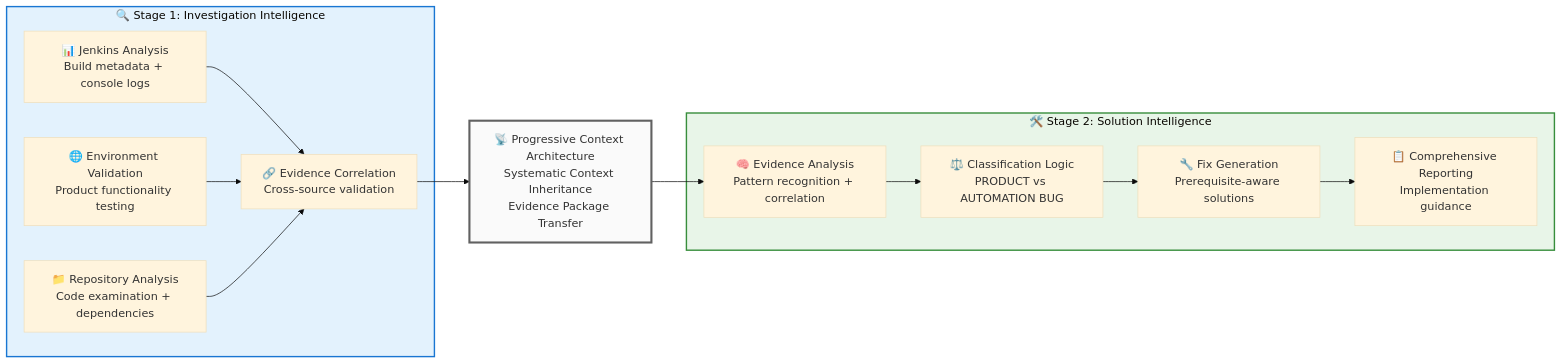
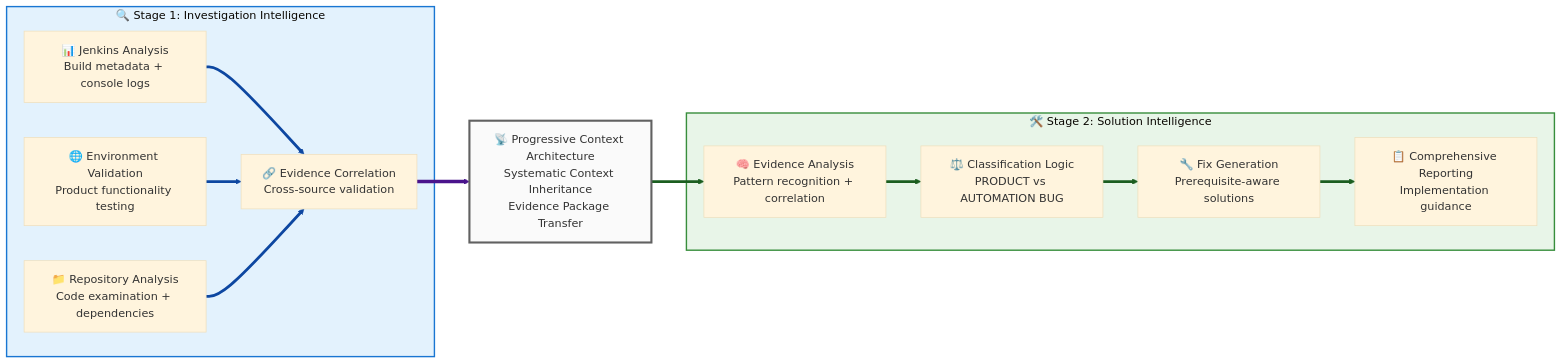
The second of 2 diagrams in apps/z-stream-analysis/docs/agents_concepts_workflow.md (stolostron/ai-test-gen), drawn with Mermaid (base theme) before and after one commit. The commit also changed other lines of this file and 36 other files, not shown here.

````diff
--- a/apps/z-stream-analysis/docs/agents_concepts_workflow.md
+++ b/apps/z-stream-analysis/docs/agents_concepts_workflow.md
@@ -97,38 +117,53 @@
 ```mermaid
 flowchart LR
     %% Stage 1: Investigation Intelligence
     subgraph STAGE1["🔍 Stage 1: Investigation Intelligence"]
         JENKINS_ANALYSIS[📊 Jenkins Analysis<br/>Build metadata + console logs]
         ENV_VALIDATION[🌐 Environment Validation<br/>Product functionality testing]
         REPO_ANALYSIS[📁 Repository Analysis<br/>Code examination + dependencies]
         EVIDENCE_CORRELATION[🔗 Evidence Correlation<br/>Cross-source validation]
     end
     
     %% Progressive Context Architecture Bridge
     CONTEXT_BRIDGE[📡 Progressive Context Architecture<br/>Systematic Context Inheritance<br/>Evidence Package Transfer]
     
     %% Stage 2: Solution Intelligence  
     subgraph STAGE2["🛠️ Stage 2: Solution Intelligence"]
         EVIDENCE_ANALYSIS[🧠 Evidence Analysis<br/>Pattern recognition + correlation]
         CLASSIFICATION[⚖️ Classification Logic<br/>PRODUCT vs AUTOMATION BUG]
         FIX_GENERATION[🔧 Fix Generation<br/>Prerequisite-aware solutions]
         REPORTING[📋 Comprehensive Reporting<br/>Implementation guidance]
     end
     
     %% Flow connections
     JENKINS_ANALYSIS --> EVIDENCE_CORRELATION
     ENV_VALIDATION --> EVIDENCE_CORRELATION
     REPO_ANALYSIS --> EVIDENCE_CORRELATION
     
     EVIDENCE_CORRELATION --> CONTEXT_BRIDGE
     
     CONTEXT_BRIDGE --> EVIDENCE_ANALYSIS
     EVIDENCE_ANALYSIS --> CLASSIFICATION
     CLASSIFICATION --> FIX_GENERATION
     FIX_GENERATION --> REPORTING
     
+    %% === ARROW STYLING FOR VISIBILITY ===
+    %% Stage 1 internal flow - thick dark blue
+    linkStyle 0 stroke:#0d47a1,stroke-width:4px
+    linkStyle 1 stroke:#0d47a1,stroke-width:4px
+    linkStyle 2 stroke:#0d47a1,stroke-width:4px
+    
+    %% Context bridge - very bold purple
+    linkStyle 3 stroke:#4a148c,stroke-width:5px
+    
+    %% Stage 2 flow - thick dark green
+    linkStyle 4 stroke:#1b5e20,stroke-width:4px
+    linkStyle 5 stroke:#1b5e20,stroke-width:4px
+    linkStyle 6 stroke:#1b5e20,stroke-width:4px
+    linkStyle 7 stroke:#1b5e20,stroke-width:4px
+    
     %% Styling
     style STAGE1 fill:#e3f2fd,stroke:#1976d2,stroke-width:2px
     style STAGE2 fill:#e8f5e8,stroke:#388e3c,stroke-width:2px
     style CONTEXT_BRIDGE fill:#fafafa,stroke:#616161,stroke-width:3px
 ```
````
